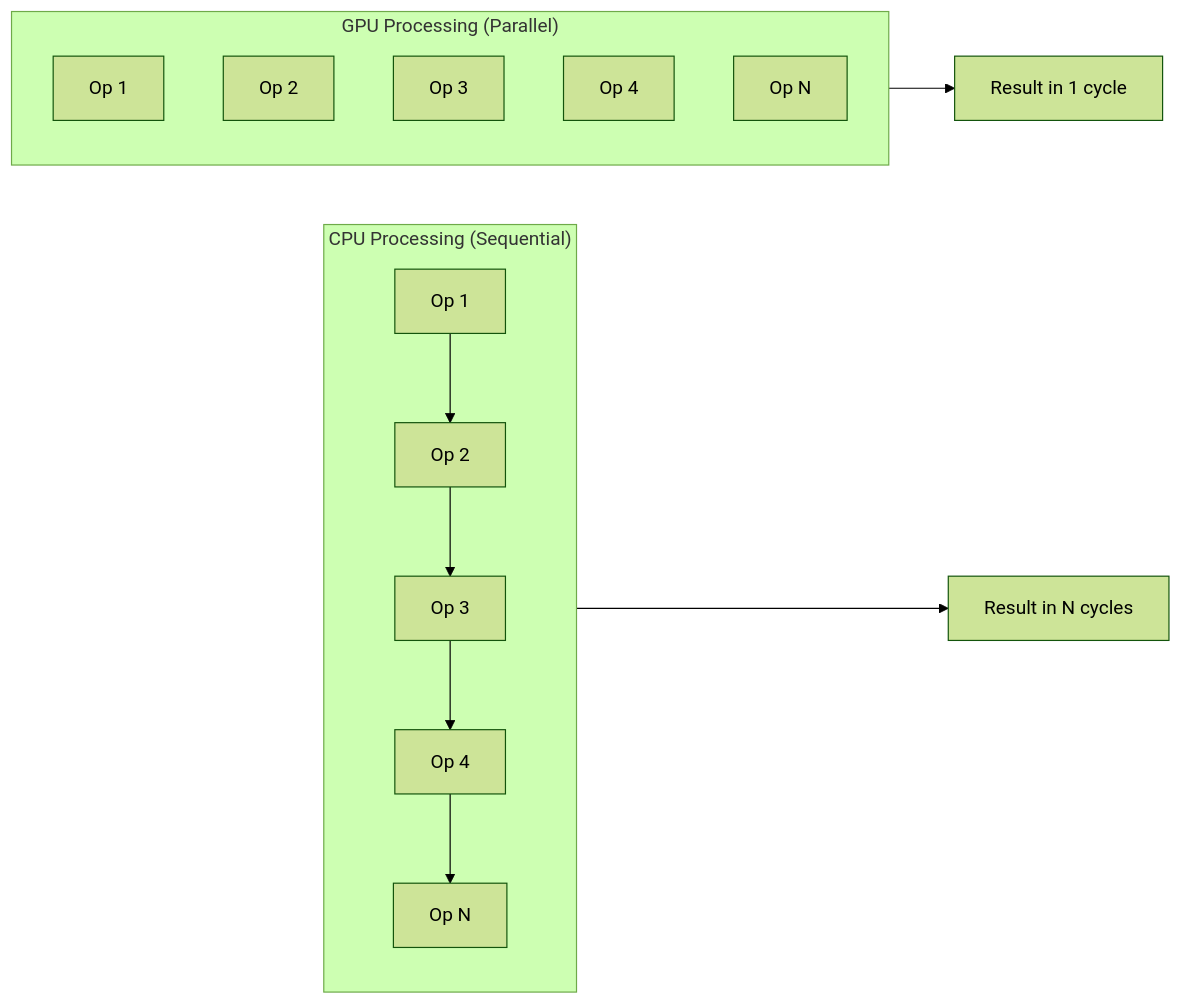
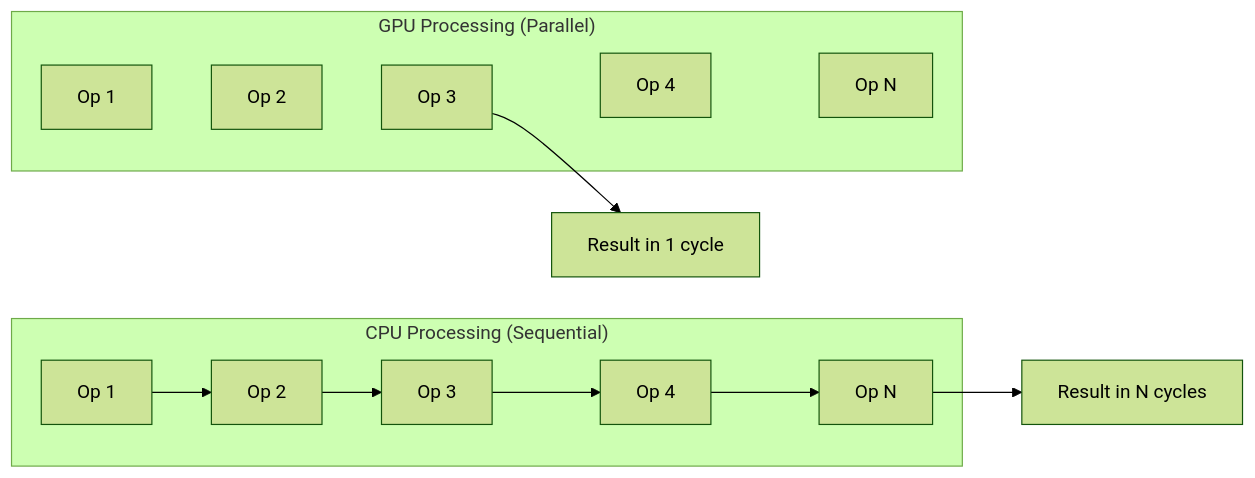
Before and after one commit to frootai/frootai: the first of 10 diagrams in docs/AI-Infrastructure.md, drawn with Mermaid (forest theme). The commit also changed other lines of this file and 15 other files, not shown here.

Commit message:
docs: harden learning module diagrams

````diff
--- a/docs/AI-Infrastructure.md
+++ b/docs/AI-Infrastructure.md
@@ -74,17 +73,18 @@
 ```mermaid
 flowchart LR
     subgraph CPU["CPU Processing (Sequential)"]
         A1["Op 1"] --> A2["Op 2"] --> A3["Op 3"] --> A4["Op 4"] --> A5["Op N"]
     end
 
     subgraph GPU["GPU Processing (Parallel)"]
         B1["Op 1"]
         B2["Op 2"]
         B3["Op 3"]
         B4["Op 4"]
         B5["Op N"]
+        B1 ~~~ B2 ~~~ B3 ~~~ B4 ~~~ B5
     end
 
-    CPU --> R1["Result in N cycles"]
-    GPU --> R2["Result in 1 cycle"]
+    A5 --> R1["Result in N cycles"]
+    B3 --> R2["Result in 1 cycle"]
 ```
````
